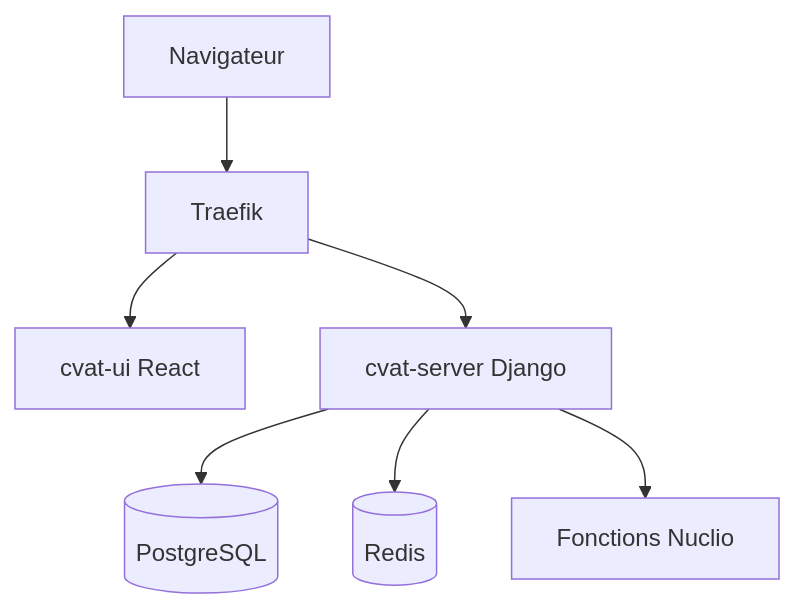
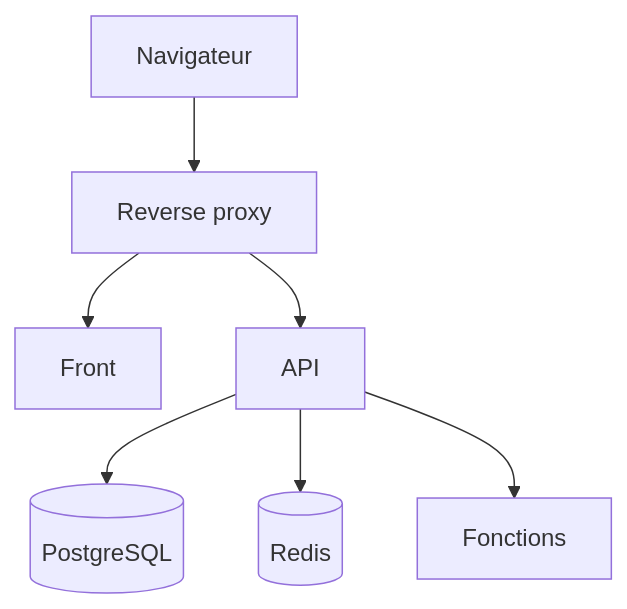
Before and after one commit to galsen-76/Informatique-: the diagram in 02 — Cours/15 Architecture logicielle/Cours - Architecture d'une application.md, drawn with Mermaid. The commit also changed other lines of this file and 503 other files, not shown here.

````diff
--- a/02 — Cours/15 Architecture logicielle/Cours - Architecture d'une application.md
+++ b/02 — Cours/15 Architecture logicielle/Cours - Architecture d'une application.md
@@ -29,9 +29,9 @@
 ```mermaid
 flowchart TD
-  N[Navigateur] --> T[Traefik]
-  T --> UI[cvat-ui React]
-  T --> S[cvat-server Django]
+  N[Navigateur] --> T[Reverse proxy]
+  T --> UI[Front]
+  T --> S[API]
   S --> DB[(PostgreSQL)]
   S --> R[(Redis)]
-  S --> F[Fonctions Nuclio]
+  S --> F[Fonctions]
 ```
````
